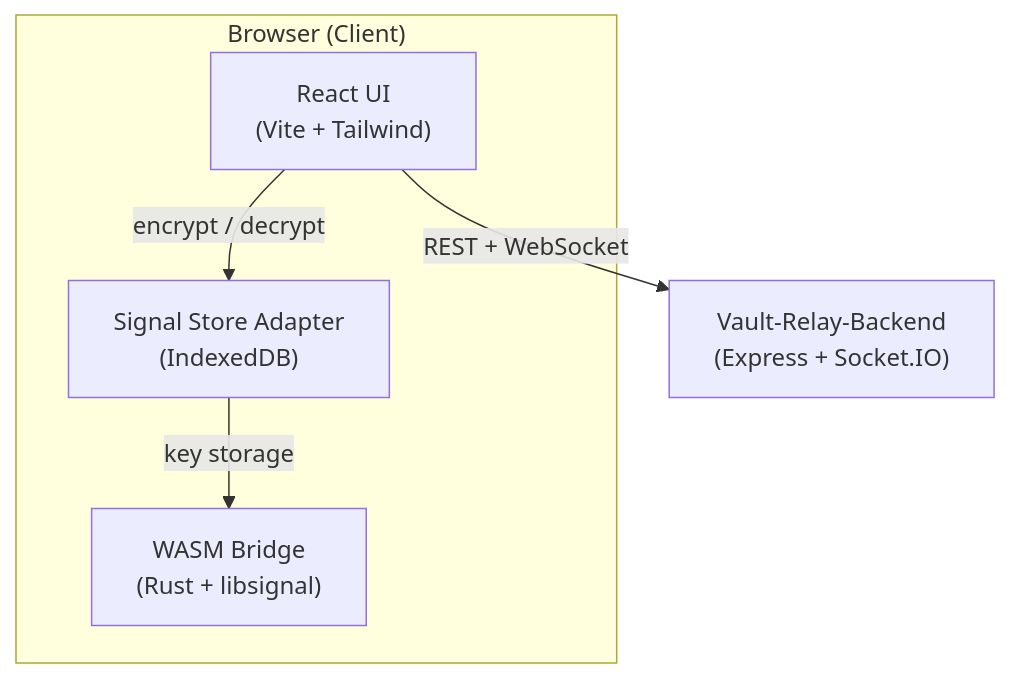
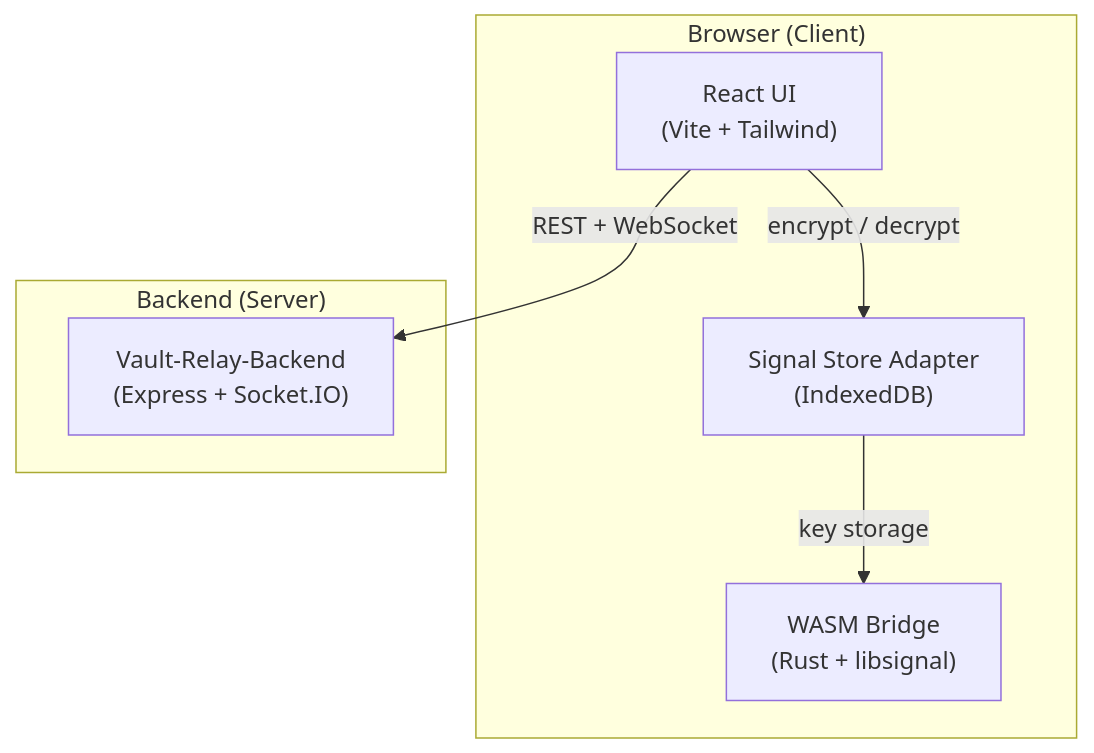
The diagram in README.md (niko0022/VaultRelayClientSide), drawn with Mermaid before and after one commit. The commit also changed other lines of this file, not shown here.

Commit message:
Update architecture diagram subgraphs and fix table syntax

````diff
--- a/README.md
+++ b/README.md
@@ -12,12 +12,16 @@
 ```mermaid
 graph TD
-    subgraph Browser["Browser (Client)"]
+    subgraph Client["Browser (Client)"]
         UI["React UI<br/>(Vite + Tailwind)"]
         Store["Signal Store Adapter<br/>(IndexedDB)"]
         WASM["WASM Bridge<br/>(Rust + libsignal)"]
         UI -->|encrypt / decrypt| Store
         Store -->|key storage| WASM
     end
 
-    UI -->|REST + WebSocket| Backend["Vault-Relay-Backend<br/>(Express + Socket.IO)"]
+    subgraph Server["Backend (Server)"]
+        Backend["Vault-Relay-Backend<br/>(Express + Socket.IO)"]
+    end
+
+    UI -->|REST + WebSocket| Backend
 ```
````
